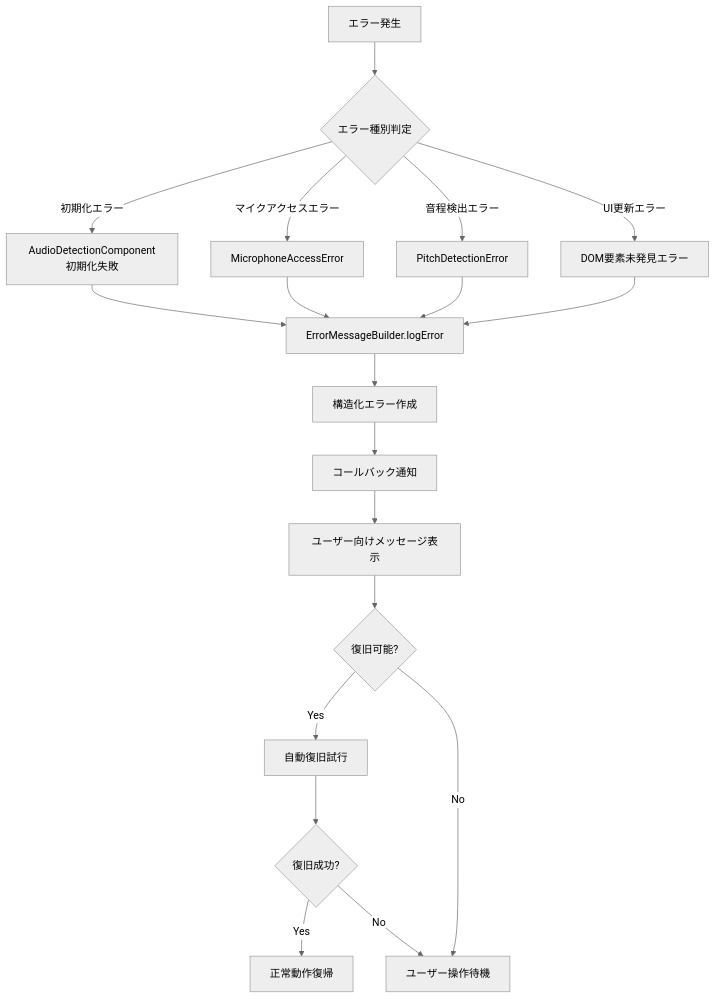
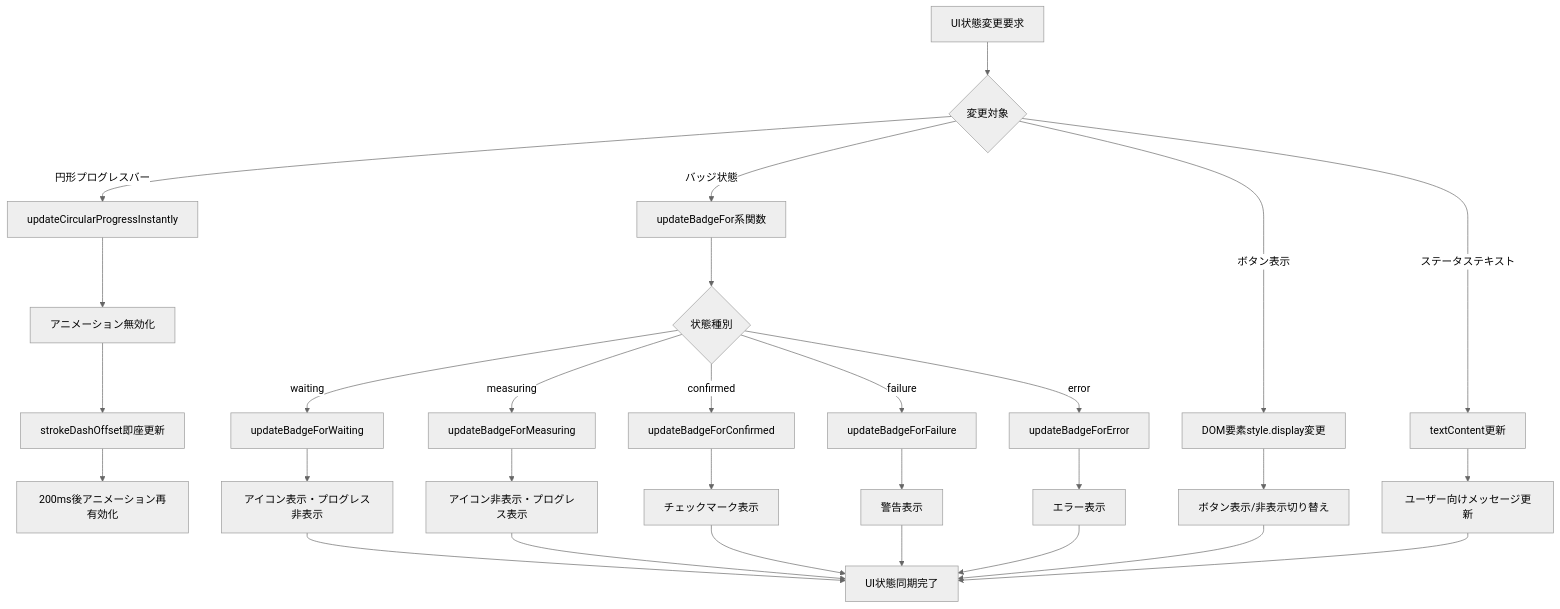
The sixth of 10 diagrams in VOICE_RANGE_TEST_FLOW_DIAGRAM.md (kiyopi/Relative-pitch-app), drawn with Mermaid (neutral theme) before and after one commit. The commit also changed other lines of this file and 79 other files, not shown here.

````diff
--- a/VOICE_RANGE_TEST_FLOW_DIAGRAM.md
+++ b/VOICE_RANGE_TEST_FLOW_DIAGRAM.md
@@ -248,26 +214,37 @@
 ```mermaid
 flowchart TD
-    A[エラー発生] --> B{エラー種別判定}
-    
-    B -->|初期化エラー| C[AudioDetectionComponent初期化失敗]
-    B -->|マイクアクセスエラー| D[MicrophoneAccessError]
-    B -->|音程検出エラー| E[PitchDetectionError]
-    B -->|UI更新エラー| F[DOM要素未発見エラー]
-    
-    C --> G[ErrorMessageBuilder.logError]
-    D --> G
-    E --> G
-    F --> G
-    
-    G --> H[構造化エラー作成]
-    H --> I[コールバック通知]
-    I --> J[ユーザー向けメッセージ表示]
-    
-    J --> K{復旧可能?}
-    K -->|Yes| L[自動復旧試行]
-    K -->|No| M[ユーザー操作待機]
-    
-    L --> N{復旧成功?}
-    N -->|Yes| O[正常動作復帰]
-    N -->|No| M
+    A[UI状態変更要求] --> B{変更対象}
+
+    B -->|円形プログレスバー| C[updateCircularProgressInstantly]
+    B -->|バッジ状態| D[updateBadgeFor系関数]
+    B -->|ボタン表示| E[DOM要素style.display変更]
+    B -->|ステータステキスト| F[textContent更新]
+
+    C --> G[アニメーション無効化]
+    G --> H[strokeDashOffset即座更新]
+    H --> I[200ms後アニメーション再有効化]
+
+    D --> J{状態種別}
+    J -->|waiting| K[updateBadgeForWaiting]
+    J -->|measuring| L[updateBadgeForMeasuring]
+    J -->|confirmed| M[updateBadgeForConfirmed]
+    J -->|failure| N[updateBadgeForFailure]
+    J -->|error| O[updateBadgeForError]
+
+    K --> P[アイコン表示・プログレス非表示]
+    L --> Q[アイコン非表示・プログレス表示]
+    M --> R[チェックマーク表示]
+    N --> S[警告表示]
+    O --> T[エラー表示]
+
+    E --> U[ボタン表示/非表示切り替え]
+    F --> V[ユーザー向けメッセージ更新]
+
+    P --> W[UI状態同期完了]
+    Q --> W
+    R --> W
+    S --> W
+    T --> W
+    U --> W
+    V --> W
 ```
````
